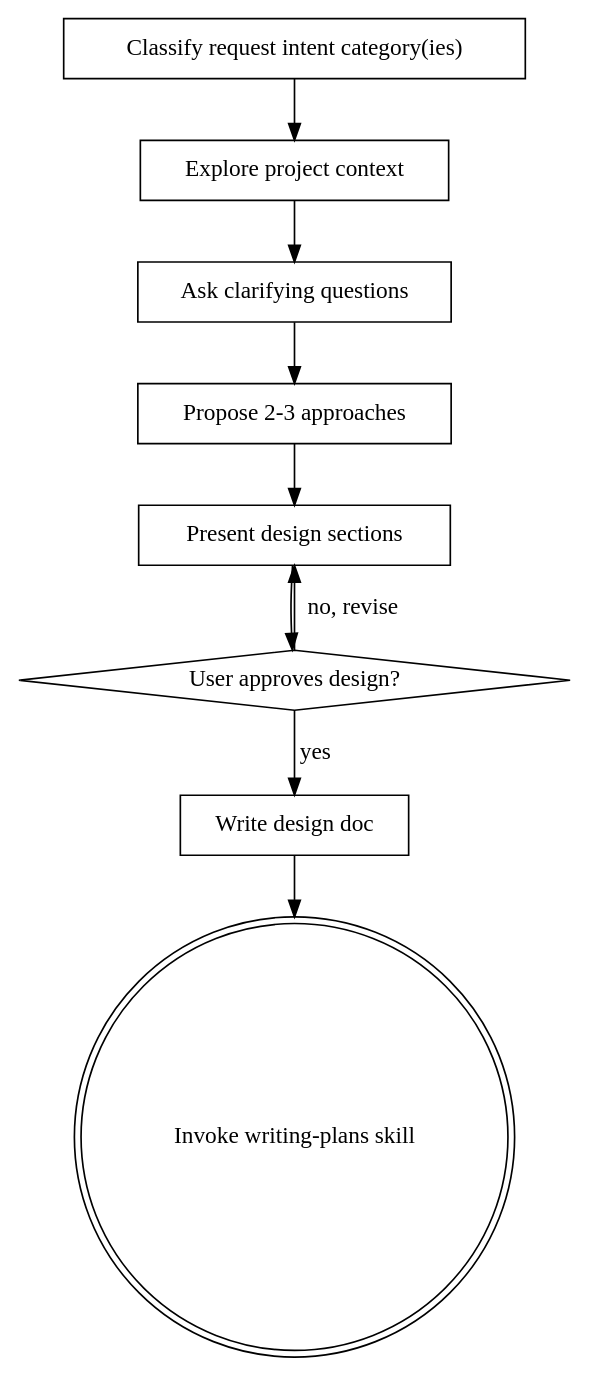
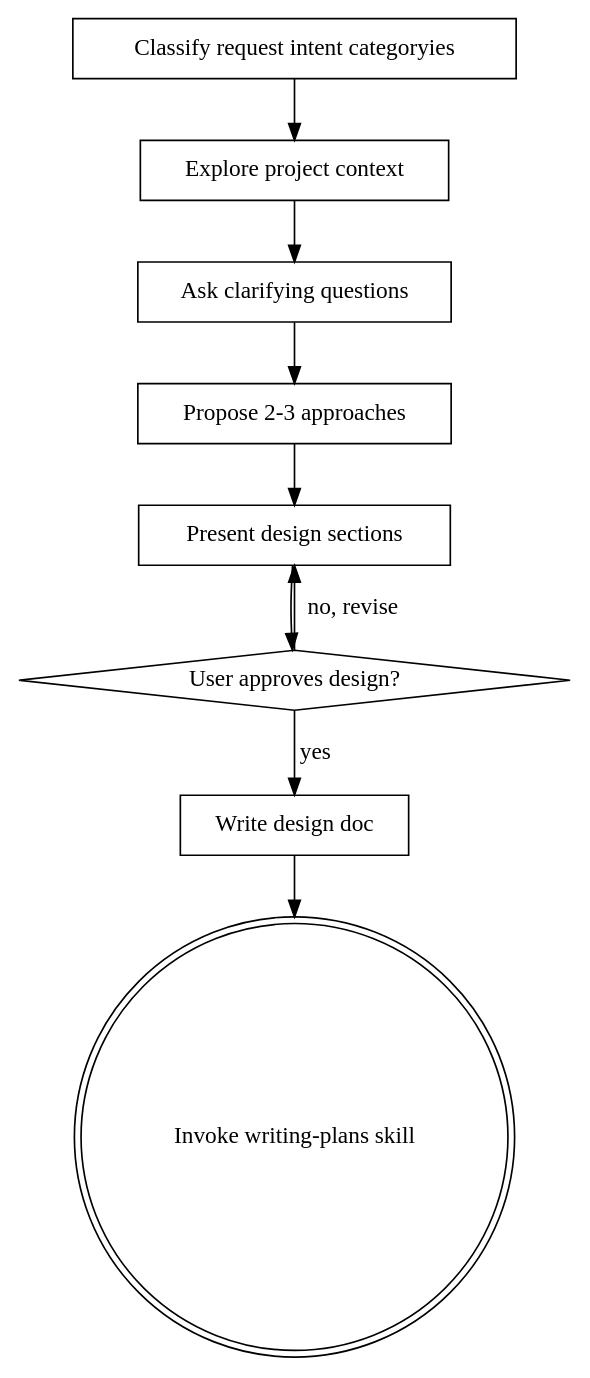
One commit to dongdokee/port-garden changed the diagram in .agents/skills/brainstorming/SKILL.md. Above: the diagram before and after it, drawn with Graphviz. The commit also changed other lines of this file, not shown here.

````diff
--- a/.agents/skills/brainstorming/SKILL.md
+++ b/.agents/skills/brainstorming/SKILL.md
@@ -58,21 +50,21 @@
 ```dot
 digraph brainstorming {
-    "Classify request intent category(ies)" [shape=box];
+    "Classify request intent categoryies" [shape=box];
     "Explore project context" [shape=box];
     "Ask clarifying questions" [shape=box];
     "Propose 2-3 approaches" [shape=box];
     "Present design sections" [shape=box];
     "User approves design?" [shape=diamond];
     "Write design doc" [shape=box];
     "Invoke writing-plans skill" [shape=doublecircle];
 
-    "Classify request intent category(ies)" -> "Explore project context";
+    "Classify request intent categoryies" -> "Explore project context";
     "Explore project context" -> "Ask clarifying questions";
     "Ask clarifying questions" -> "Propose 2-3 approaches";
     "Propose 2-3 approaches" -> "Present design sections";
     "Present design sections" -> "User approves design?";
     "User approves design?" -> "Present design sections" [label="no, revise"];
     "User approves design?" -> "Write design doc" [label="yes"];
     "Write design doc" -> "Invoke writing-plans skill";
 }
 ```
````
